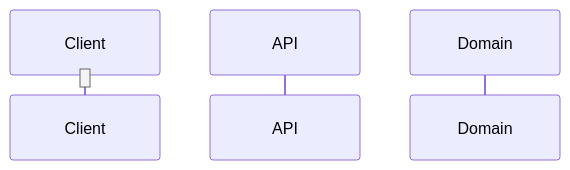
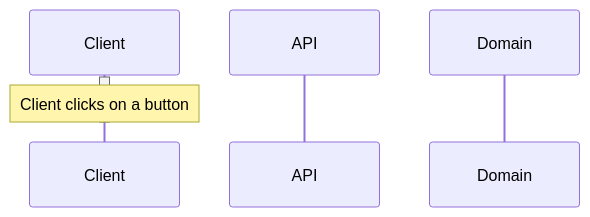
One commit to stijnlinderman/eldorado changed the third of 7 diagrams in ARCHITECTURE.md. Above: the diagram before and after it, drawn with Mermaid. The commit also changed other lines of this file, not shown here.

````diff
--- a/ARCHITECTURE.md
+++ b/ARCHITECTURE.md
@@ -49,8 +49,9 @@
 ```mermaid
 sequenceDiagram
     participant Client
     participant API
     participant Domain
     activate Client
+    Note over Client: Client clicks on a button
     deactivate Client
 ```
````
